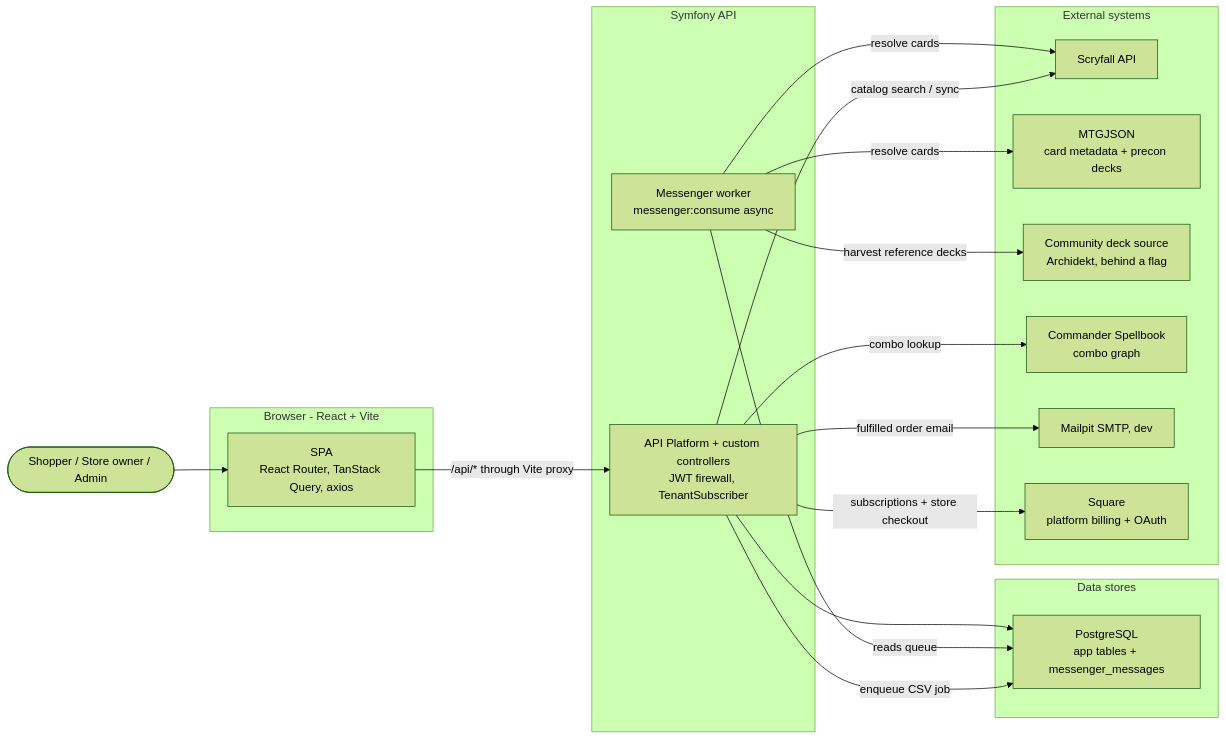
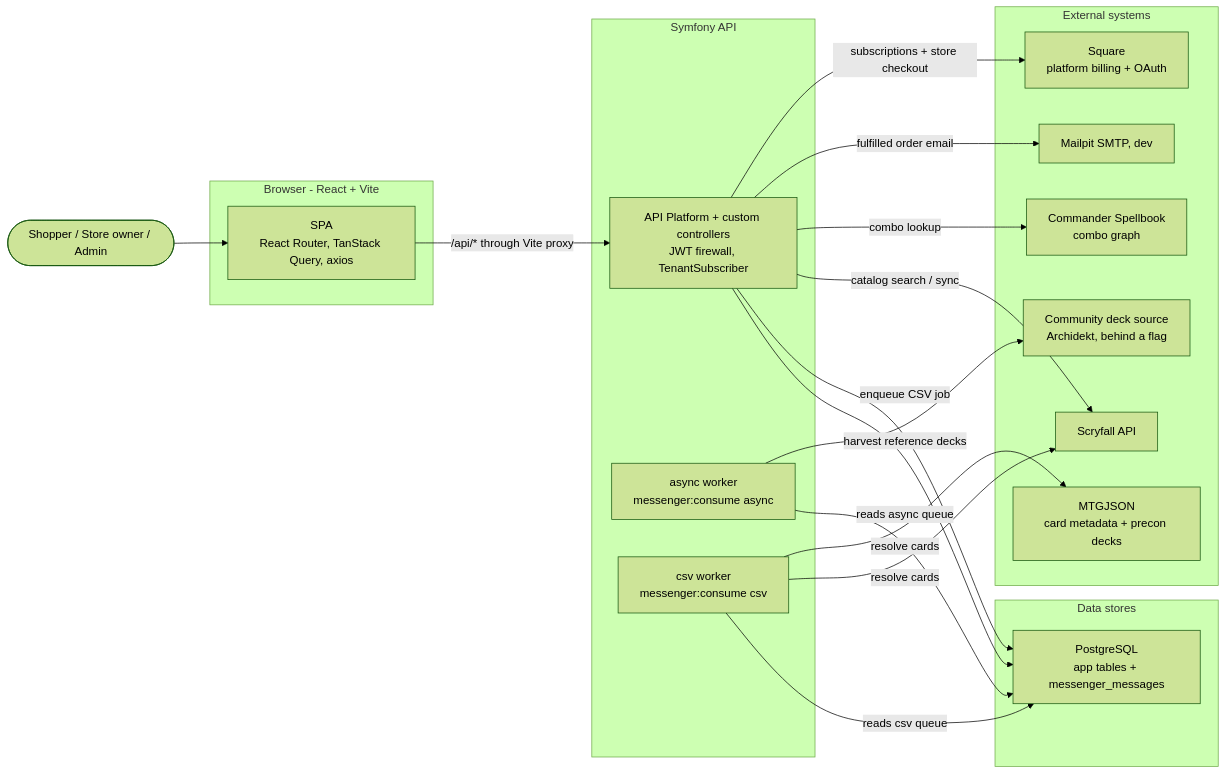
The diagram in architecture/README.md (Game-Store-Solutions/Lgscardvault), drawn with Mermaid (forest theme) before and after one commit. The commit also changed other lines of this file and 1 other file, not shown here.

First line of the commit message:
Document production worker types and steady-state scale command.

````diff
--- a/architecture/README.md
+++ b/architecture/README.md
@@ -49,39 +66,41 @@
 ```mermaid
 flowchart LR
     user([Shopper / Store owner / Admin])
 
     subgraph browser["Browser - React + Vite"]
         spa["SPA<br/>React Router, TanStack Query, axios"]
     end
 
     subgraph backend["Symfony API"]
         api["API Platform + custom controllers<br/>JWT firewall, TenantSubscriber"]
-        worker["Messenger worker<br/>messenger:consume async"]
+        worker["async worker<br/>messenger:consume async"]
+        workerImport["csv worker<br/>messenger:consume csv"]
     end
 
     subgraph data["Data stores"]
         pg["PostgreSQL<br/>app tables + messenger_messages"]
     end
 
     subgraph ext["External systems"]
         scry["Scryfall API"]
         mtg["MTGJSON<br/>card metadata + precon decks"]
         decks["Community deck source<br/>Archidekt, behind a flag"]
         spell["Commander Spellbook<br/>combo graph"]
         mail["Mailpit SMTP, dev"]
         square["Square<br/>platform billing + OAuth"]
     end
 
     user --> spa
     spa -- "/api/* through Vite proxy" --> api
     api --> pg
-    worker -- "reads queue" --> pg
+    worker -- "reads async queue" --> pg
+    workerImport -- "reads csv queue" --> pg
     api -- "enqueue CSV job" --> pg
-    worker -- "resolve cards" --> scry
-    worker -- "resolve cards" --> mtg
+    workerImport -- "resolve cards" --> scry
+    workerImport -- "resolve cards" --> mtg
     worker -- "harvest reference decks" --> decks
     api -- "catalog search / sync" --> scry
     api -- "combo lookup" --> spell
     api -- "fulfilled order email" --> mail
     api -- "subscriptions + store checkout" --> square
 ```
````
